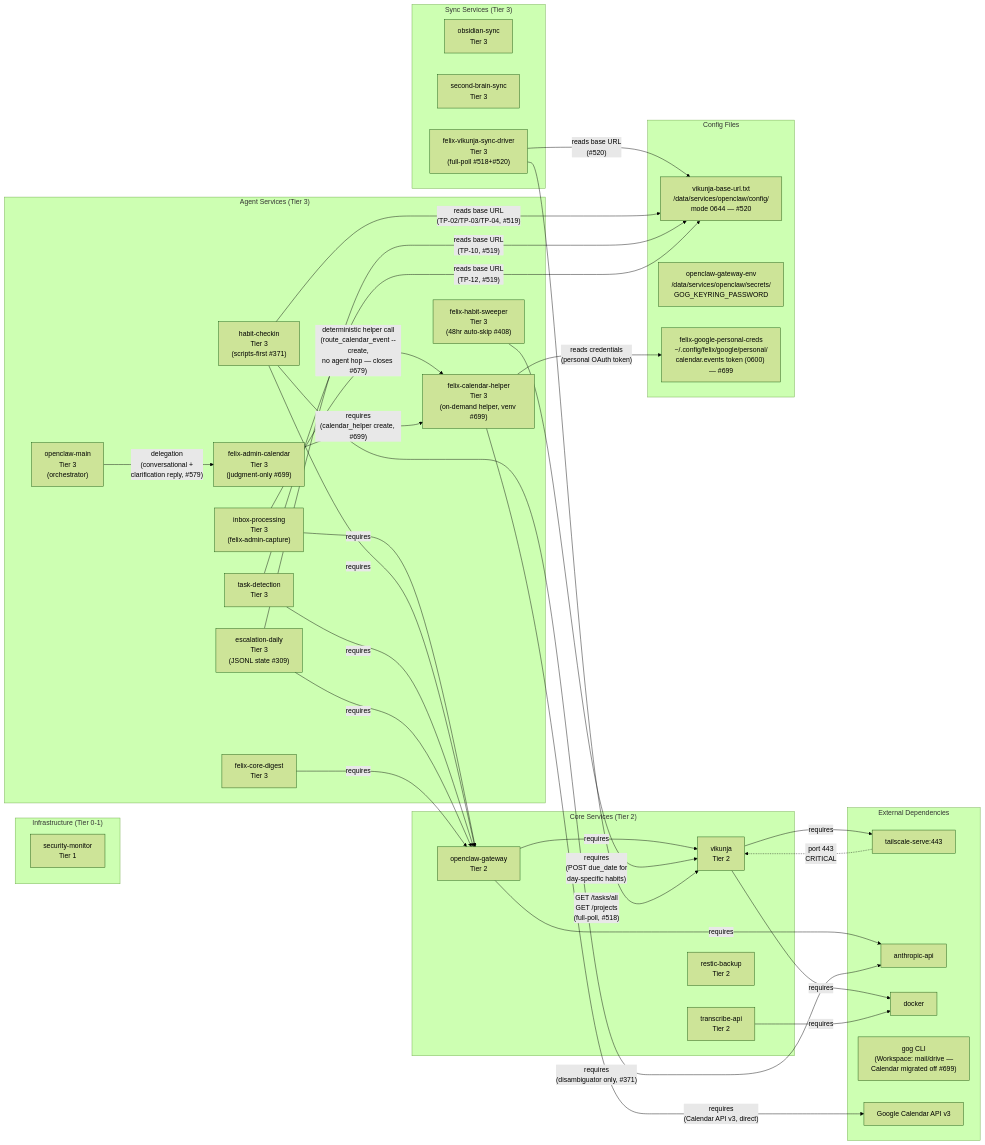
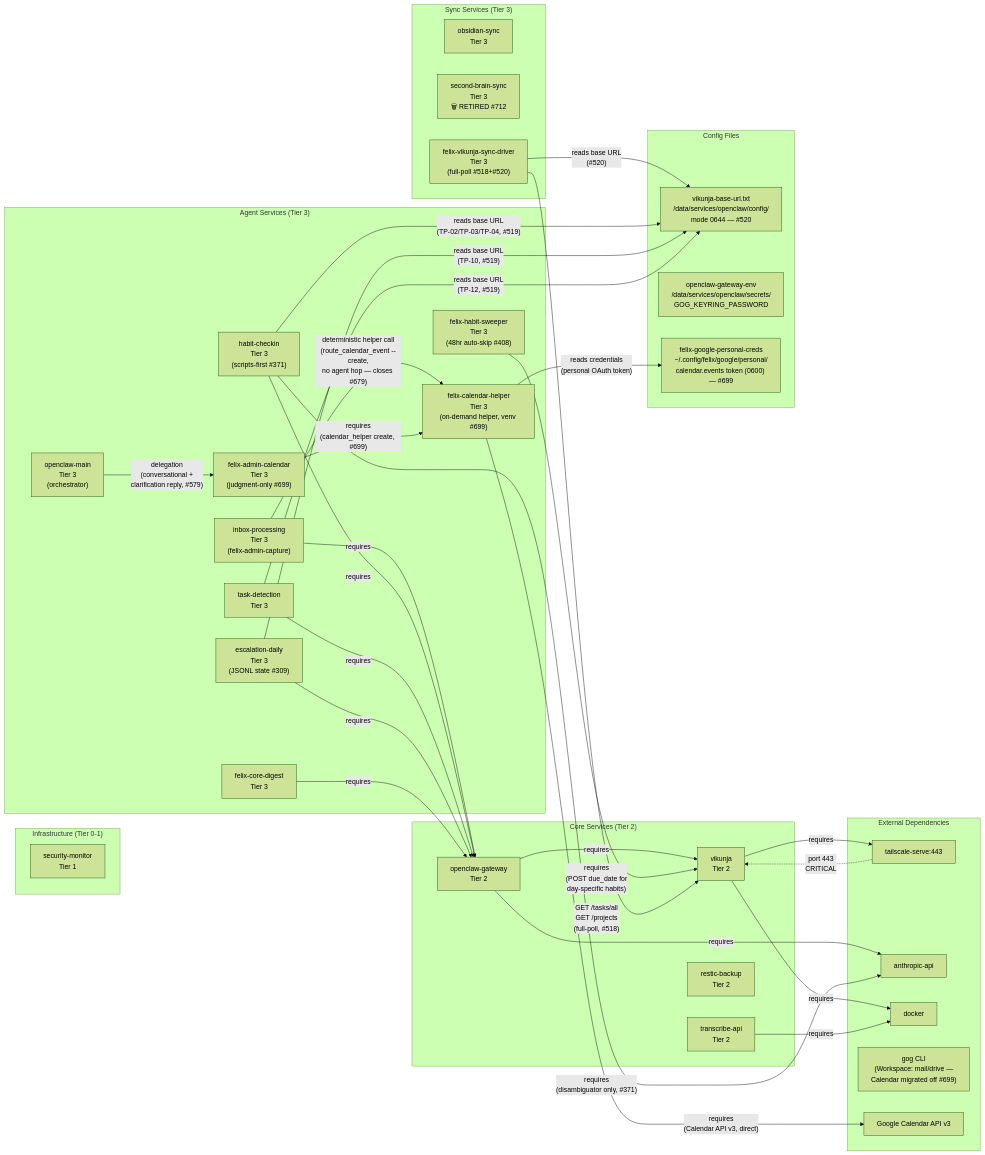
One commit to kentonium3/kg-automation changed the diagram in docs/design/architecture/service-dependencies.view.md. Above: the diagram before and after it, drawn with Mermaid (forest theme). The commit also changed other lines of this file and 9 other files, not shown here.

````diff
--- a/docs/design/architecture/service-dependencies.view.md
+++ b/docs/design/architecture/service-dependencies.view.md
@@ -49,74 +49,74 @@
 ```mermaid
 graph LR
     subgraph Infrastructure["Infrastructure (Tier 0-1)"]
         security-monitor["security-monitor<br/>Tier 1"]
     end
 
     subgraph Core["Core Services (Tier 2)"]
         vikunja["vikunja<br/>Tier 2"]
         openclaw["openclaw-gateway<br/>Tier 2"]
         transcribe["transcribe-api<br/>Tier 2"]
         restic["restic-backup<br/>Tier 2"]
     end
 
     subgraph Agents["Agent Services (Tier 3)"]
         main["openclaw-main<br/>Tier 3<br/>(orchestrator)"]
         inbox["inbox-processing<br/>Tier 3<br/>(felix-admin-capture)"]
         habits["habit-checkin<br/>Tier 3<br/>(scripts-first #371)"]
         habitsweeper["felix-habit-sweeper<br/>Tier 3<br/>(48hr auto-skip #408)"]
         taskdet["task-detection<br/>Tier 3"]
         escalation["escalation-daily<br/>Tier 3<br/>(JSONL state #309)"]
         calendar["felix-admin-calendar<br/>Tier 3<br/>(judgment-only #699)"]
         calendar_helper["felix-calendar-helper<br/>Tier 3<br/>(on-demand helper, venv #699)"]
         digest["felix-core-digest<br/>Tier 3"]
     end
 
     subgraph Sync["Sync Services (Tier 3)"]
         obsidian["obsidian-sync<br/>Tier 3"]
-        secondbrain["second-brain-sync<br/>Tier 3"]
+        secondbrain["second-brain-sync<br/>Tier 3<br/>🗑 RETIRED #712"]
         vikunja_sync["felix-vikunja-sync-driver<br/>Tier 3<br/>(full-poll #518+#520)"]
     end
 
     subgraph Config["Config Files"]
         url_config["vikunja-base-url.txt<br/>/data/services/openclaw/config/<br/>mode 0644 — #520"]
         gateway_env["openclaw-gateway-env<br/>/data/services/openclaw/secrets/<br/>GOG_KEYRING_PASSWORD"]
         felix_google_creds["felix-google-personal-creds<br/>~/.config/felix/google/personal/<br/>calendar.events token (0600) — #699"]
     end
 
     subgraph External["External Dependencies"]
         tailscale["tailscale-serve:443"]
         anthropic["anthropic-api"]
         docker["docker"]
         gog["gog CLI<br/>(Workspace: mail/drive —<br/>Calendar migrated off #699)"]
         google_cal_api["Google Calendar API v3"]
     end
 
     vikunja -->|"requires"| tailscale
     vikunja -->|"requires"| docker
     tailscale -.->|"port 443<br/>CRITICAL"| vikunja
 
     openclaw -->|"requires"| anthropic
     openclaw -->|"requires"| vikunja
 
     transcribe -->|"requires"| docker
 
     inbox -->|"requires"| openclaw
     habits -->|"requires"| openclaw
     habits -->|"requires<br/>(disambiguator only, #371)"| anthropic
     habitsweeper -->|"requires<br/>(POST due_date for<br/>day-specific habits)"| vikunja
     taskdet -->|"requires"| openclaw
     escalation -->|"requires"| openclaw
     digest -->|"requires"| openclaw
 
     main -->|"delegation<br/>(conversational +<br/>clarification reply, #579)"| calendar
     inbox -->|"deterministic helper call<br/>(route_calendar_event --create,<br/>no agent hop — closes #679)"| calendar_helper
     calendar -->|"requires<br/>(calendar_helper create, #699)"| calendar_helper
     calendar_helper -->|"requires<br/>(Calendar API v3, direct)"| google_cal_api
     calendar_helper -->|"reads credentials<br/>(personal OAuth token)"| felix_google_creds
 
     vikunja_sync -->|"GET /tasks/all<br/>GET /projects<br/>(full-poll, #518)"| vikunja
     vikunja_sync -->|"reads base URL<br/>(#520)"| url_config
     habits -->|"reads base URL<br/>(TP-02/TP-03/TP-04, #519)"| url_config
     escalation -->|"reads base URL<br/>(TP-10, #519)"| url_config
     taskdet -->|"reads base URL<br/>(TP-12, #519)"| url_config
 ```
````
